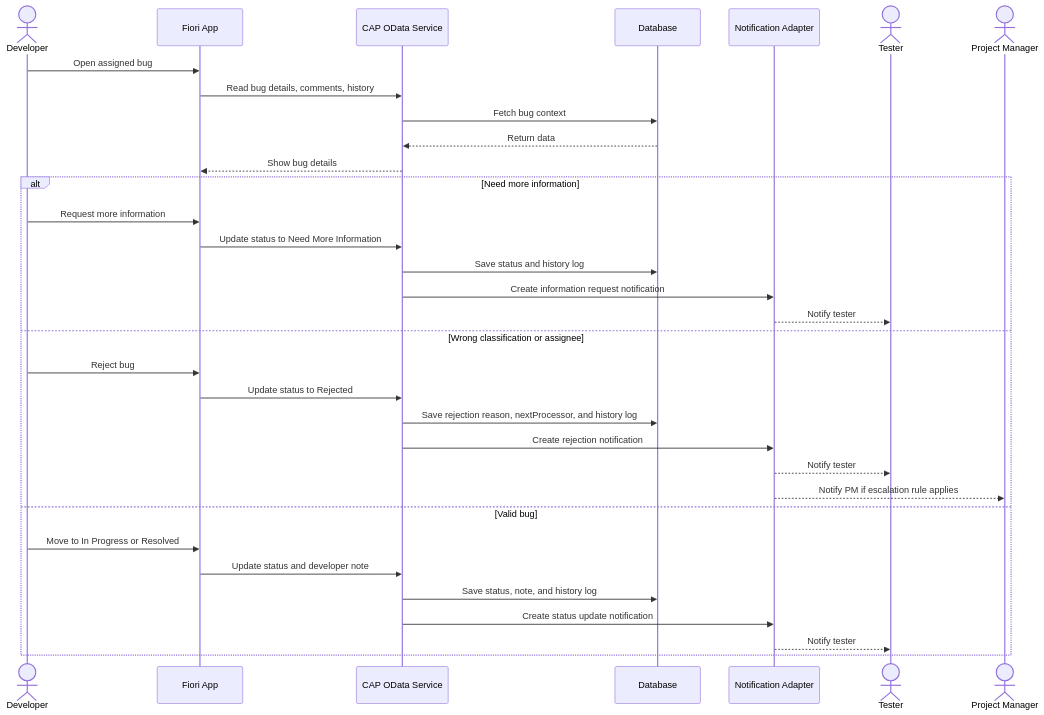
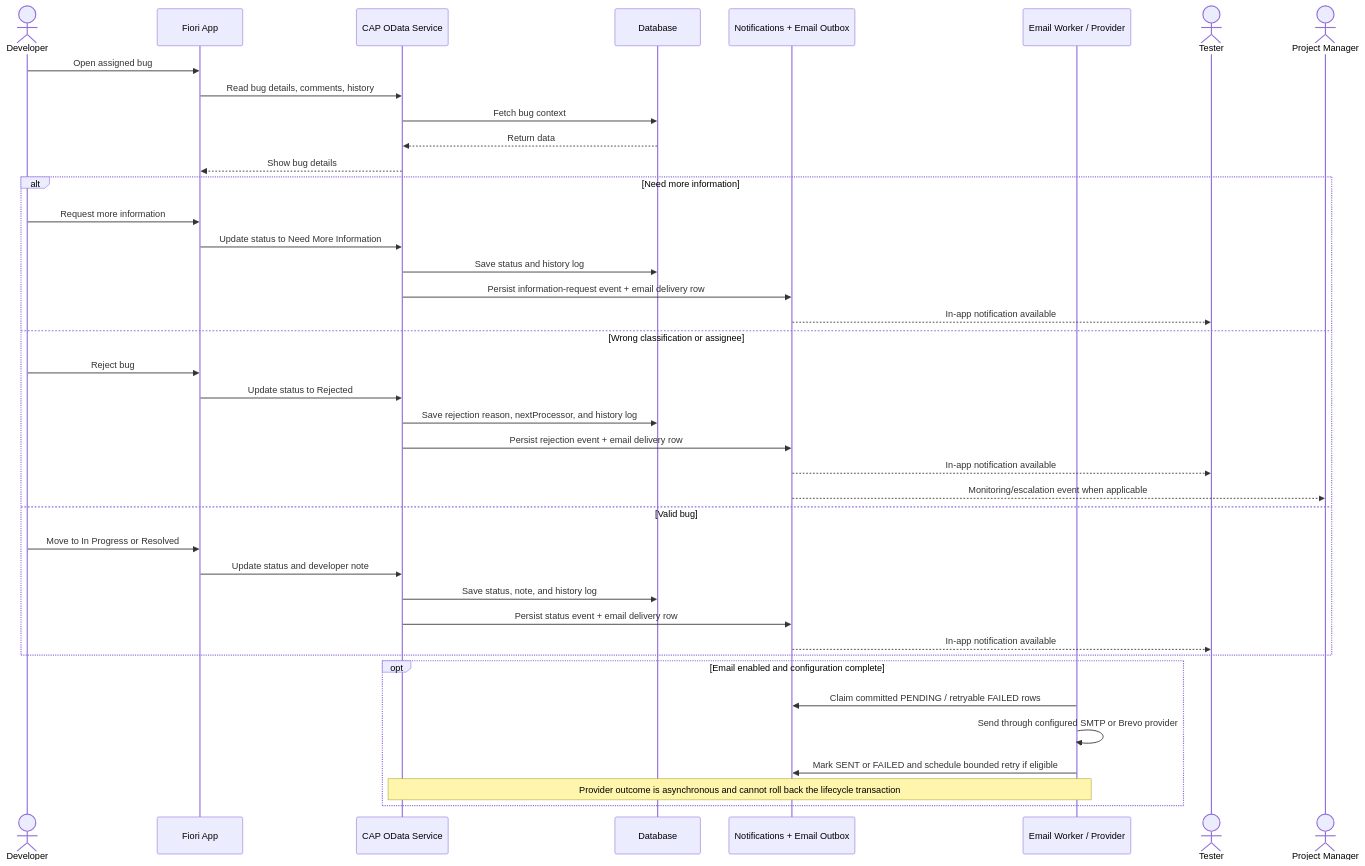
One commit to DarwinDO/IDTS-SAP01 changed the diagram in docs/diagrams/rendered/source/11-developer-review-notification.mmd. Above: the diagram before and after it, drawn with Mermaid. The commit also changed 124 other files, not shown here.

```diff
--- a/docs/diagrams/rendered/source/11-developer-review-notification.mmd
+++ b/docs/diagrams/rendered/source/11-developer-review-notification.mmd
@@ -1,35 +1,43 @@
 sequenceDiagram
     actor Dev as Developer
     participant UI as Fiori App
     participant CAP as CAP OData Service
     participant DB as Database
-    participant Notify as Notification Adapter
+    participant Outbox as Notifications + Email Outbox
+    participant Worker as Email Worker / Provider
     actor Tester as Tester
     actor PM as Project Manager
 
     Dev->>UI: Open assigned bug
     UI->>CAP: Read bug details, comments, history
     CAP->>DB: Fetch bug context
     DB-->>CAP: Return data
     CAP-->>UI: Show bug details
 
     alt Need more information
         Dev->>UI: Request more information
         UI->>CAP: Update status to Need More Information
         CAP->>DB: Save status and history log
-        CAP->>Notify: Create information request notification
-        Notify-->>Tester: Notify tester
+        CAP->>Outbox: Persist information-request event + email delivery row
+        Outbox-->>Tester: In-app notification available
     else Wrong classification or assignee
         Dev->>UI: Reject bug
         UI->>CAP: Update status to Rejected
         CAP->>DB: Save rejection reason, nextProcessor, and history log
-        CAP->>Notify: Create rejection notification
-        Notify-->>Tester: Notify tester
-        Notify-->>PM: Notify PM if escalation rule applies
+        CAP->>Outbox: Persist rejection event + email delivery row
+        Outbox-->>Tester: In-app notification available
+        Outbox-->>PM: Monitoring/escalation event when applicable
     else Valid bug
         Dev->>UI: Move to In Progress or Resolved
         UI->>CAP: Update status and developer note
         CAP->>DB: Save status, note, and history log
-        CAP->>Notify: Create status update notification
-        Notify-->>Tester: Notify tester
+        CAP->>Outbox: Persist status event + email delivery row
+        Outbox-->>Tester: In-app notification available
     end
+
+    opt Email enabled and configuration complete
+        Worker->>Outbox: Claim committed PENDING / retryable FAILED rows
+        Worker->>Worker: Send through configured SMTP or Brevo provider
+        Worker->>Outbox: Mark SENT or FAILED and schedule bounded retry if eligible
+        Note over CAP,Worker: Provider outcome is asynchronous and cannot roll back the lifecycle transaction
+    end
```
